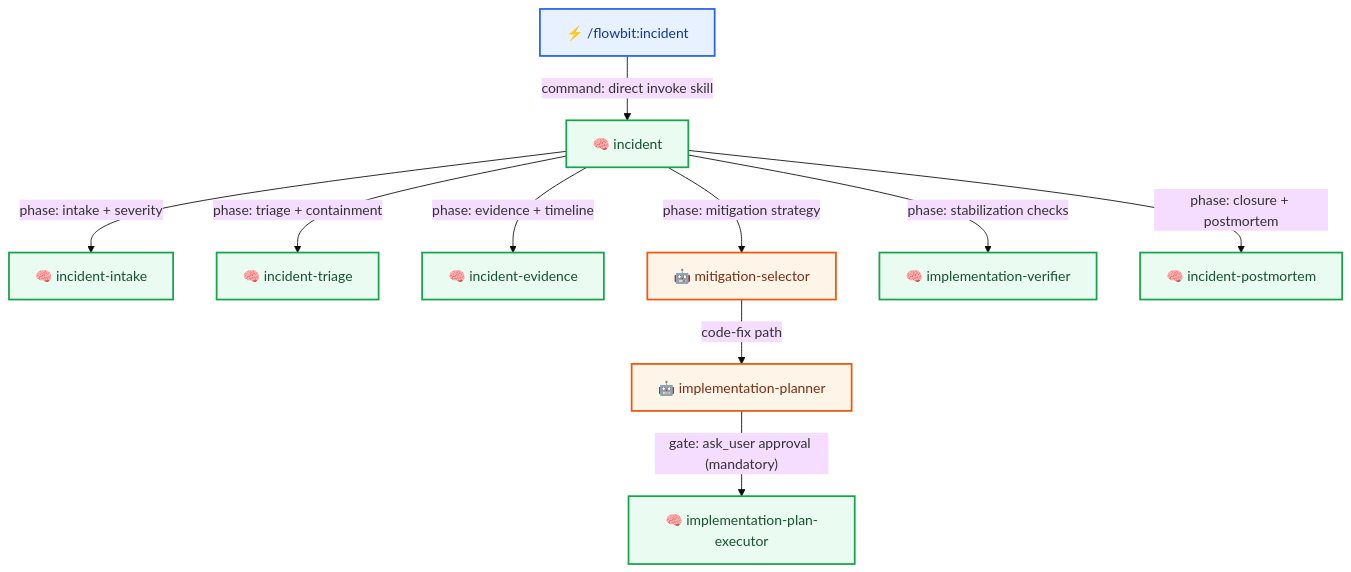
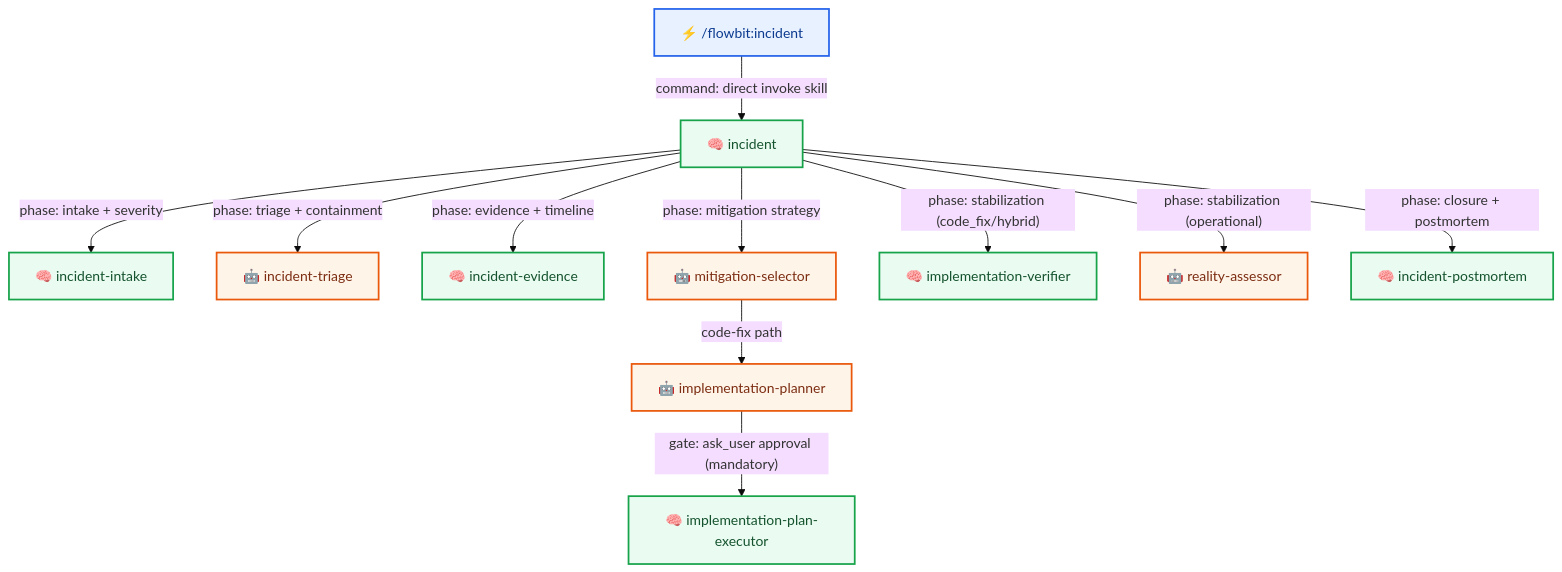
One commit to plucins/flowbit changed the eighth of 8 diagrams in docs/flow/overview.md. Above: the diagram before and after it, drawn with Mermaid (base theme). The commit also changed other lines of this file and 6 other files, not shown here.

Commit message:
Refine incident flow and stabilization processes in documentation and diagrams

````diff
--- a/docs/flow/overview.md
+++ b/docs/flow/overview.md
@@ -259,19 +264,20 @@
 ```mermaid
 graph TD
   INC["⚡ /flowbit:incident"] -- "command: direct invoke skill" --> S_INC["🧠 incident"]
   S_INC -- "phase: intake + severity" --> S_INC_INTAKE["🧠 incident-intake"]
-  S_INC -- "phase: triage + containment" --> S_INC_TRIAGE["🧠 incident-triage"]
+  S_INC -- "phase: triage + containment" --> A_INC_TRIAGE["🤖 incident-triage"]
   S_INC -- "phase: evidence + timeline" --> S_INC_EVID["🧠 incident-evidence"]
   S_INC -- "phase: mitigation strategy" --> A_MIT["🤖 mitigation-selector"]
   A_MIT -- "code-fix path" --> A_PLAN["🤖 implementation-planner"]
   A_PLAN -- "gate: ask_user approval (mandatory)" --> S_IMPL_EXEC["🧠 implementation-plan-executor"]
-  S_INC -- "phase: stabilization checks" --> S_IMPL_VER["🧠 implementation-verifier"]
+  S_INC -- "phase: stabilization (code_fix/hybrid)" --> S_IMPL_VER["🧠 implementation-verifier"]
+  S_INC -- "phase: stabilization (operational)" --> A_REAL_I["🤖 reality-assessor"]
   S_INC -- "phase: closure + postmortem" --> S_INC_POST["🧠 incident-postmortem"]
 
   classDef cmd fill:#E8F1FF,stroke:#2563EB,stroke-width:2px,color:#0B3A8F;
   classDef skill fill:#EAFBF1,stroke:#16A34A,stroke-width:2px,color:#14532D;
   classDef agent fill:#FFF4E8,stroke:#EA580C,stroke-width:2px,color:#7C2D12;
   class INC cmd;
-  class S_INC,S_INC_INTAKE,S_INC_TRIAGE,S_INC_EVID,S_IMPL_EXEC,S_IMPL_VER,S_INC_POST skill;
-  class A_MIT,A_PLAN agent;
+  class S_INC,S_INC_INTAKE,S_INC_EVID,S_IMPL_EXEC,S_IMPL_VER,S_INC_POST skill;
+  class A_MIT,A_PLAN,A_INC_TRIAGE,A_REAL_I agent;
 ```
````
